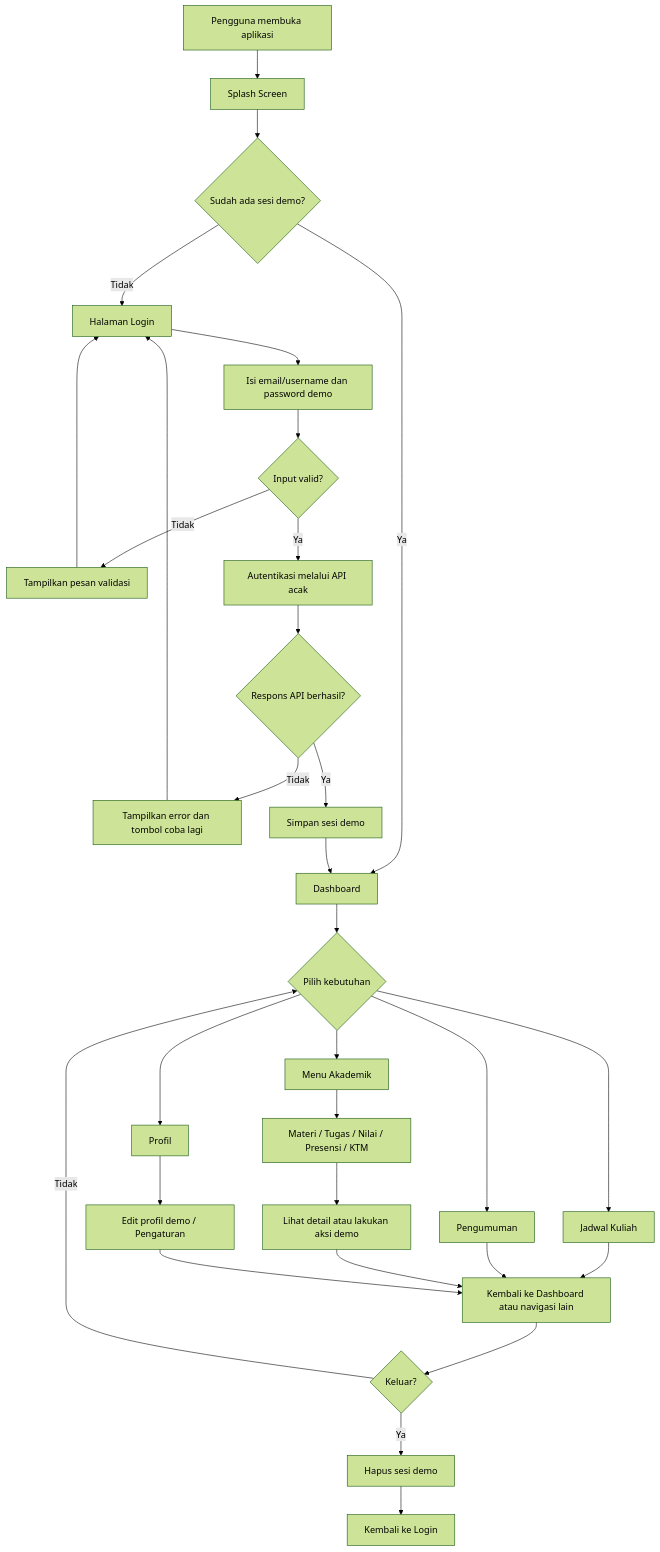
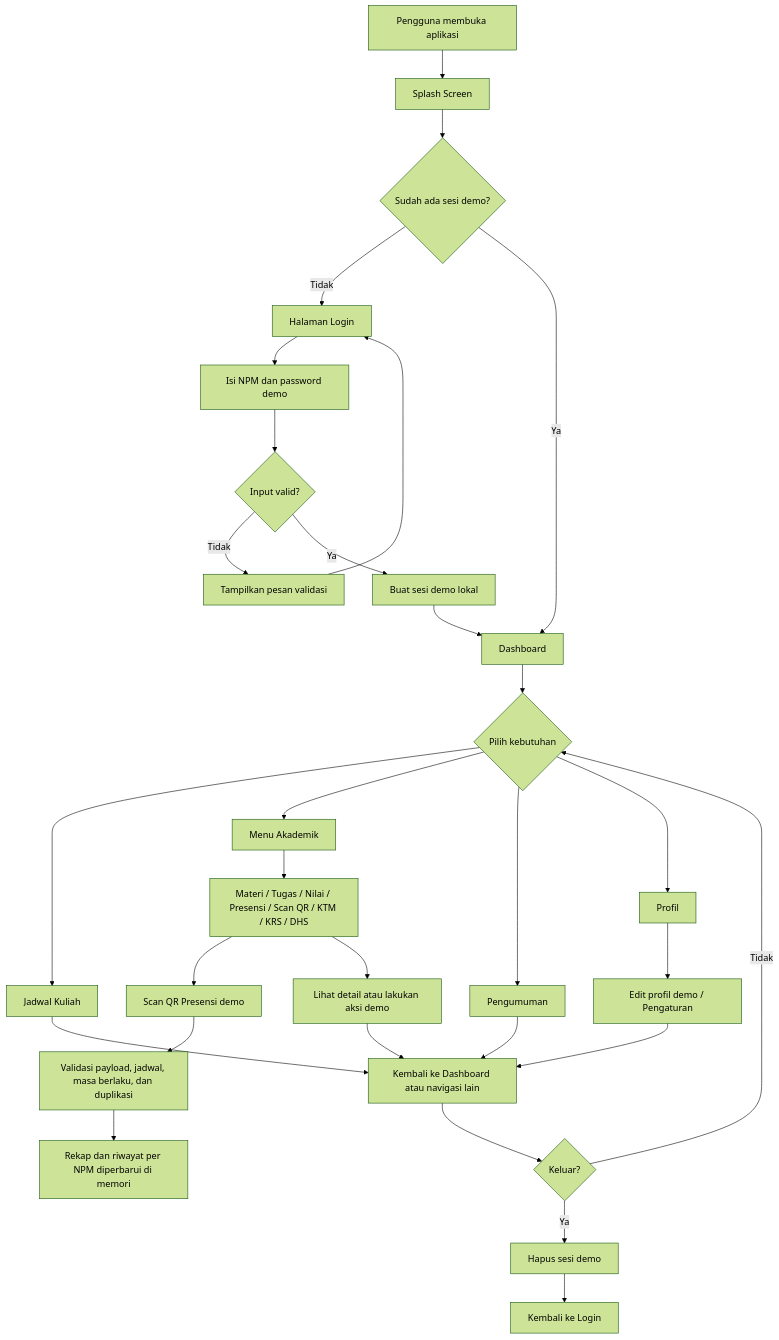
One commit to mkevin1178-jpg/Boash-Application-System changed the diagram in WORKFLOW.md. Above: the diagram before and after it, drawn with Mermaid (forest theme). The commit also changed other lines of this file and 55 other files, not shown here.

````diff
--- a/WORKFLOW.md
+++ b/WORKFLOW.md
@@ -27,33 +26,32 @@
 ``` mermaid
 flowchart TD
     A[Pengguna membuka aplikasi] --> B[Splash Screen]
     B --> C{Sudah ada sesi demo?}
     C -- Tidak --> D[Halaman Login]
     C -- Ya --> E[Dashboard]
-    D --> F[Isi email/username dan password demo]
+    D --> F[Isi NPM dan password demo]
     F --> G{Input valid?}
     G -- Tidak --> H[Tampilkan pesan validasi]
     H --> D
-    G -- Ya --> I[Autentikasi melalui API acak]
-    I --> J{Respons API berhasil?}
-    J -- Tidak --> K[Tampilkan error dan tombol coba lagi]
-    K --> D
-    J -- Ya --> L[Simpan sesi demo]
-    L --> E
+    G -- Ya --> I[Buat sesi demo lokal]
+    I --> E
     E --> M{Pilih kebutuhan}
     M --> N[Jadwal Kuliah]
     M --> O[Menu Akademik]
     M --> P[Pengumuman]
     M --> Q[Profil]
-    O --> R[Materi / Tugas / Nilai / Presensi / KTM]
+    O --> R[Materi / Tugas / Nilai / Presensi / Scan QR / KTM / KRS / DHS]
+    R --> QR[Scan QR Presensi demo]
+    QR --> QRV[Validasi payload, jadwal, masa berlaku, dan duplikasi]
+    QRV --> QRS[Rekap dan riwayat per NPM diperbarui di memori]
     R --> S[Lihat detail atau lakukan aksi demo]
     N --> T[Kembali ke Dashboard atau navigasi lain]
     P --> T
     S --> T
     Q --> U[Edit profil demo / Pengaturan]
     U --> T
     T --> V{Keluar?}
     V -- Tidak --> M
     V -- Ya --> W[Hapus sesi demo]
     W --> X[Kembali ke Login]
 ```
````
